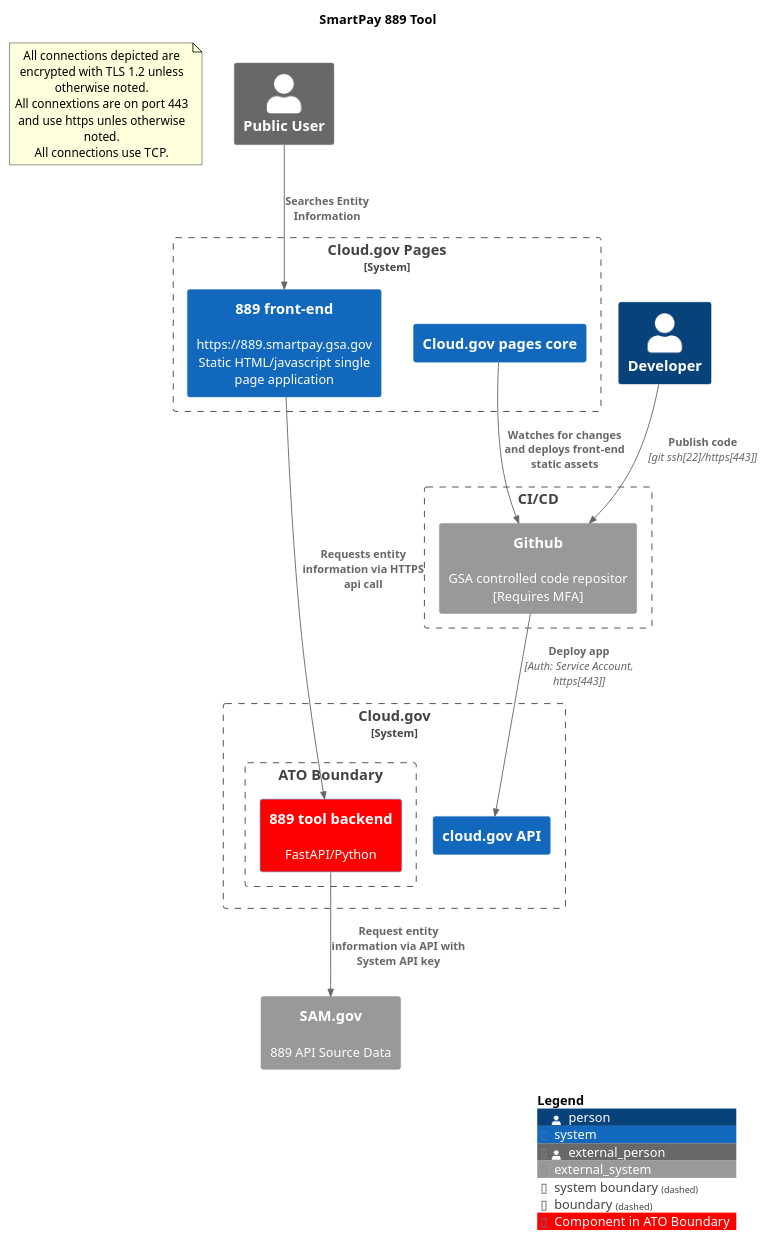
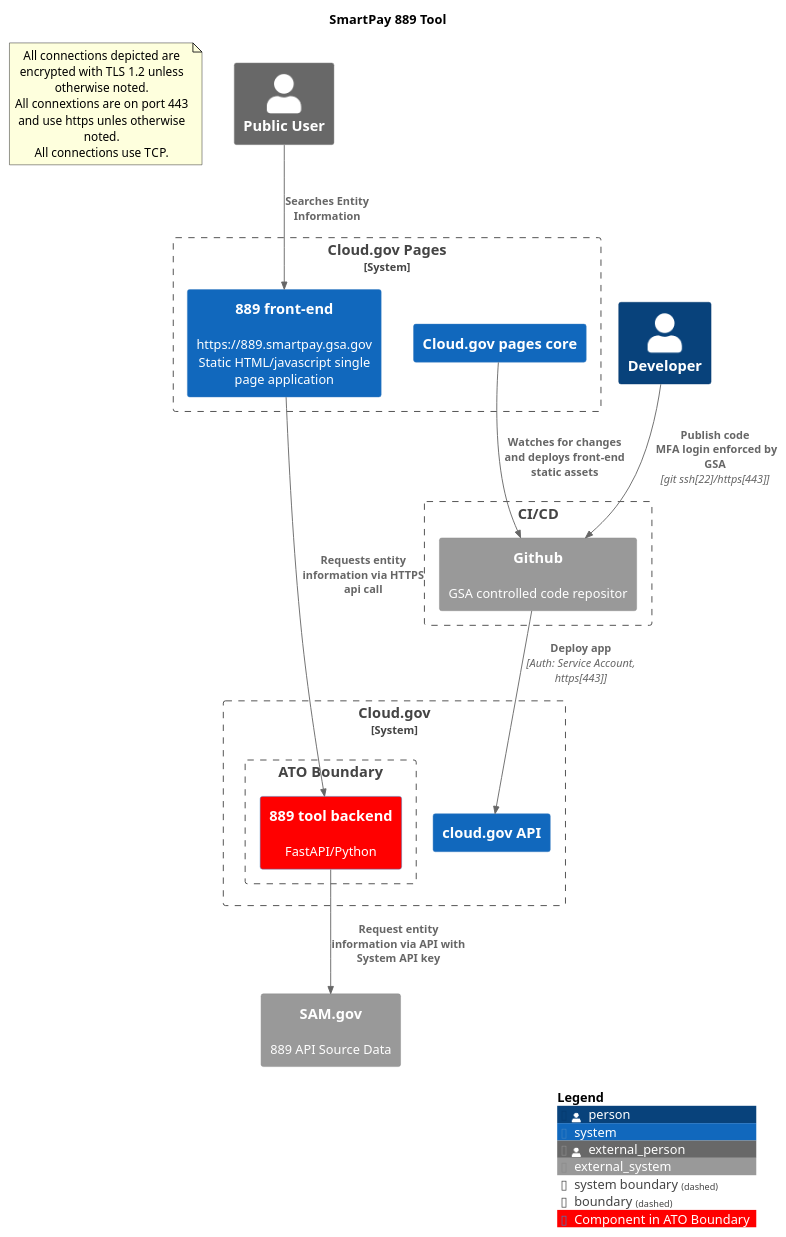
One commit to GSA/smartpay-training changed the diagram in docs/diagrams/889_tool_context.puml. Above: the diagram before and after it, drawn with PlantUML. The commit also changed 11 other files, not shown here.

```diff
--- a/docs/diagrams/889_tool_context.puml
+++ b/docs/diagrams/889_tool_context.puml
@@ -1,47 +1,47 @@
 @startuml 889_tool_context
 !include https://raw.githubusercontent.com/plantuml-stdlib/C4-PlantUML/master/C4_Context.puml
 !include https://raw.githubusercontent.com/plantuml-stdlib/C4-PlantUML/master/C4_Container.puml
 
 title SmartPay 889 Tool
 
 AddSystemTag('ATO_component', $legendText="Component in ATO Boundary", $bgColor="red")
 
 note as ConnectionNote
 All connections depicted are encrypted with TLS 1.2 unless otherwise noted. 
 All connextions are on port 443 and use https unles otherwise noted.
 All connections use TCP. 
 end note
 
 System_Boundary(cloud_gov_pages, "Cloud.gov Pages", "") {
   System(889_front_end, "889 front-end", "https://889.smartpay.gsa.gov\nStatic HTML/javascript single page application") 
   System(cloud_pages, "Cloud.gov pages core")
 }
 
 System_Boundary(cloud_gov, "Cloud.gov") {
   Boundary(ato, "ATO Boundary") {
       System(889, "889 tool backend", "FastAPI/Python", $tags="ATO_component")            
   }  
   System(cloud_api,"cloud.gov API")
 
 } 
 
 Boundary(cicd, "CI/CD") {
-  System_Ext(github, "Github", "GSA controlled code repositor [Requires MFA]")
+  System_Ext(github, "Github", "GSA controlled code repositor")
 }
 
 
 Person_Ext(Public, "Public User")
 Person(Developer, "Developer")
 
 System_Ext(samgov, "SAM.gov", "889 API Source Data")
 
 Rel(cloud_pages, github, "Watches for changes and deploys front-end static assets")
-Rel(Developer, github, "Publish code", "git ssh[22]/https[443]")
+Rel(Developer, github, "Publish code \n MFA login enforced by GSA", "git ssh[22]/https[443]")
 Rel(github, cloud_api, "Deploy app", "Auth: Service Account, https[443]")
 Rel(889, samgov, "Request entity information via API with System API key")
 Rel(889_front_end,  889, "Requests entity information via HTTPS api call")    
 Rel(Public, 889_front_end, "Searches Entity Information")
 
 SHOW_LEGEND()
 
 @enduml
```
